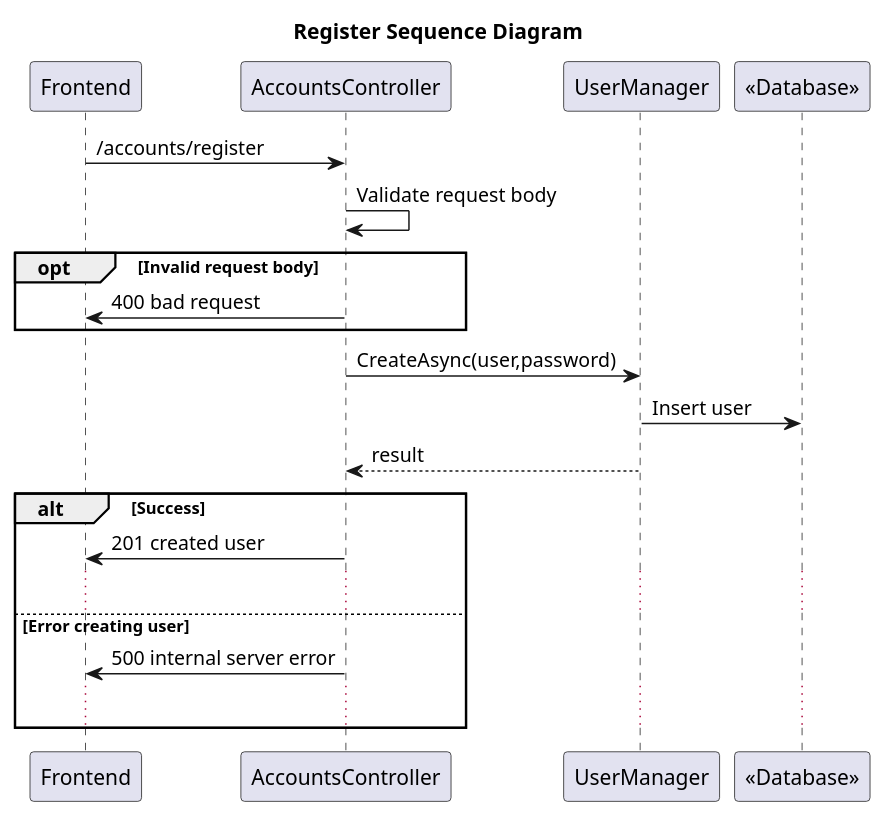
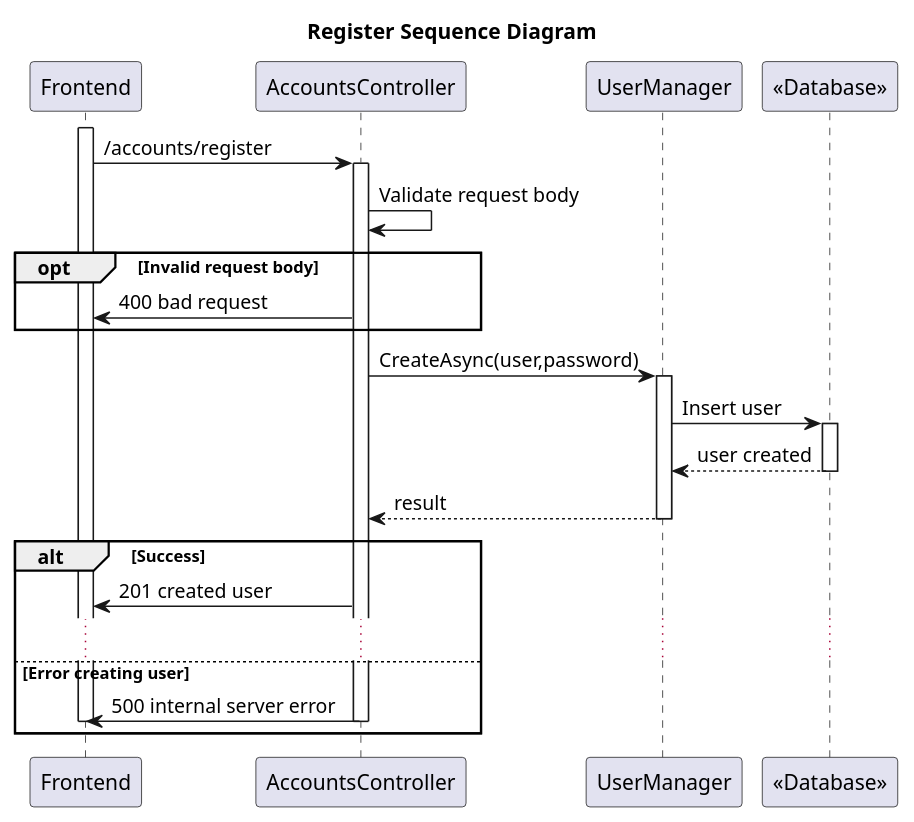
Before and after one commit to a-chiha/FinanceTrackerBackend: the diagram in diagrams/backend/registerSequence.puml, drawn with PlantUML. The commit also changed 2 other files, not shown here.

Commit message:
Revidering af seq diagrammer så activation bars de passer.

```diff
--- a/diagrams/backend/registerSequence.puml
+++ b/diagrams/backend/registerSequence.puml
@@ -2,29 +2,37 @@
 @startuml
 title Register Sequence Diagram
 participant "Frontend" as Frontend
 participant "AccountsController" as AccountsController
 participant "UserManager" as UserManager
 participant "<<Database>>" as Database
 
+activate Frontend
 Frontend -> AccountsController: /accounts/register
+activate AccountsController
 AccountsController -> AccountsController: Validate request body
 opt Invalid request body
 AccountsController -> Frontend: 400 bad request 
 end
 AccountsController -> UserManager: CreateAsync(user,password)
+activate UserManager
 UserManager -> Database: Insert user
+activate Database
+Database --> UserManager: user created
+deactivate Database
 UserManager --> AccountsController: result
+deactivate UserManager
+
 
 alt Success
 
 AccountsController -> Frontend: 201 created user
 ...
 else Error creating user
 
 AccountsController -> Frontend: 500 internal server error
-...
+deactivate AccountsController
+deactivate Frontend
 end
 
 
-
 @enduml
```
